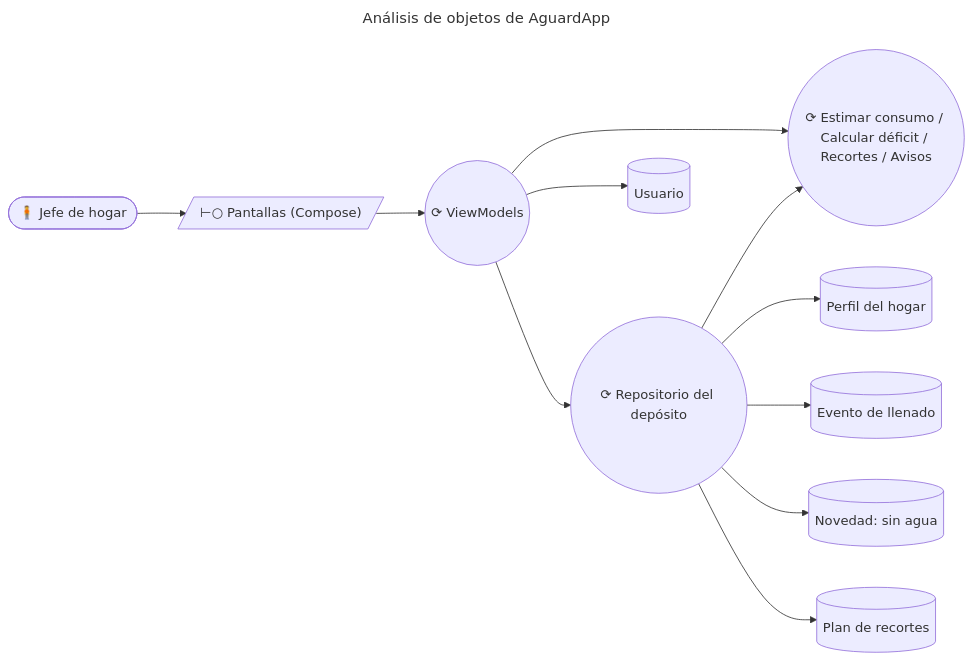
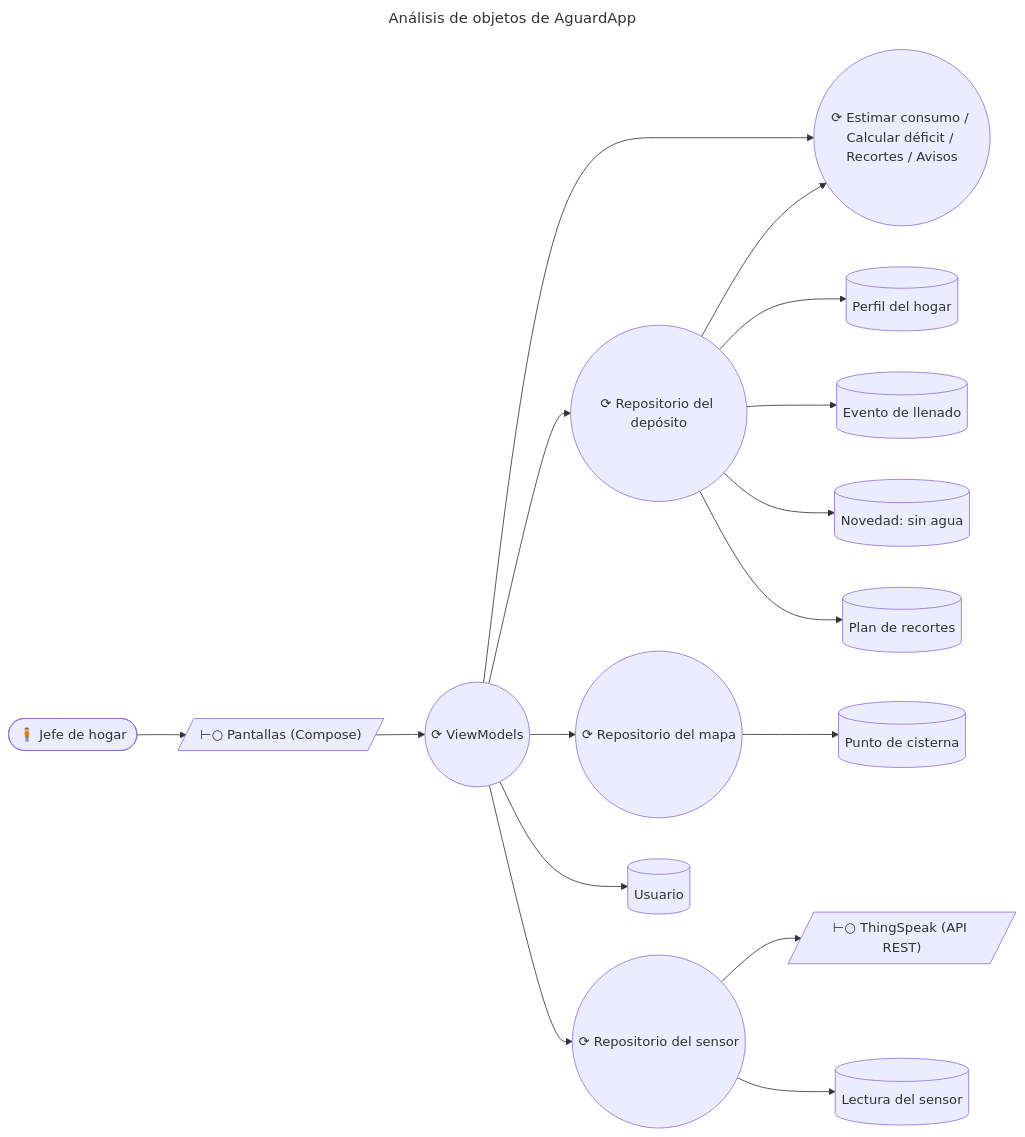
Before and after one commit to Cristhian465/Aguarda: the sixth of 9 diagrams in informes/FD03-SRS.md, drawn with Mermaid. The commit also changed other lines of this file and 5 other files, not shown here.

````diff
--- a/informes/FD03-SRS.md
+++ b/informes/FD03-SRS.md
@@ -353,24 +400,34 @@
 ```mermaid
 ---
 title: Análisis de objetos de AguardApp
 ---
 flowchart LR
     U(["🧍 Jefe de hogar"])
     PANT[/"⊢○ Pantallas (Compose)"/]
     VM(("⟳ ViewModels"))
     REP(("⟳ Repositorio del depósito"))
     EST(("⟳ Estimar consumo / Calcular déficit / Recortes / Avisos"))
+    RMA(("⟳ Repositorio del mapa"))
+    RSE(("⟳ Repositorio del sensor"))
     US[("Usuario")]
     PH[("Perfil del hogar")]
     LL[("Evento de llenado")]
     NV[("Novedad: sin agua")]
     PR[("Plan de recortes")]
+    PC[("Punto de cisterna")]
+    LS[("Lectura del sensor")]
+    TS[/"⊢○ ThingSpeak (API REST)"/]
 
     U --> PANT
     PANT --> VM
     VM --> REP
     VM --> EST
+    VM --> RMA
+    VM --> RSE
     REP --> EST
     REP --> PH & LL & NV & PR
+    RMA --> PC
+    RSE --> TS
+    RSE --> LS
     VM --> US
 ```
````
